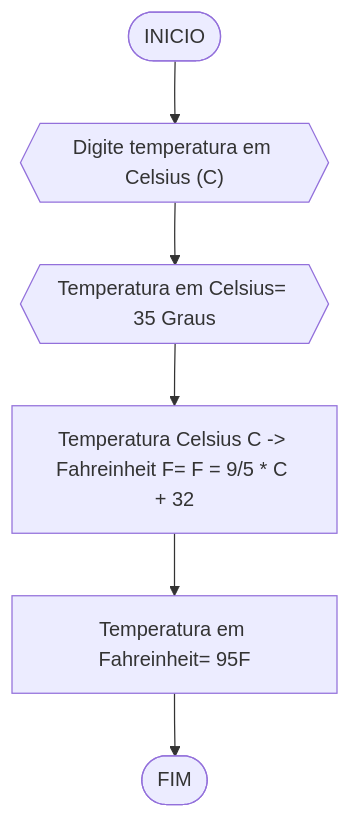
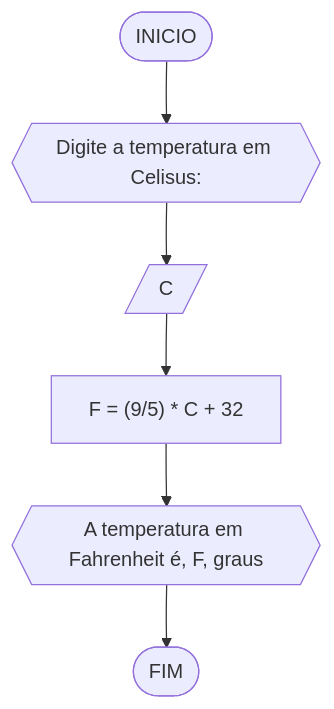
Before and after one commit to pedrotomezin/unifor: the third of 5 diagrams in RLA/Unidade1/lista2.md, drawn with Mermaid. The commit also changed other lines of this file, not shown here.

````diff
--- a/RLA/Unidade1/lista2.md
+++ b/RLA/Unidade1/lista2.md
@@ -91,8 +123,8 @@
 ```mermaid
 flowchart TD
-A([INICIO]) --> B{{"Digite temperatura em Celsius (C)"}}
-B --> C{{Temperatura em Celsius= 35 Graus}} 
-C --> D[Temperatura Celsius C -> Fahreinheit F= F = 9/5 * C + 32]
-D --> E[Temperatura em Fahreinheit= 95F]
+A([INICIO]) --> B{{"Digite a temperatura em Celisus:"}}
+B --> C[/C/]
+C --> D["F = (9/5) * C + 32"]
+D --> E{{A temperatura em Fahrenheit é, F, graus}}
 E --> F([FIM])
 ```
````
